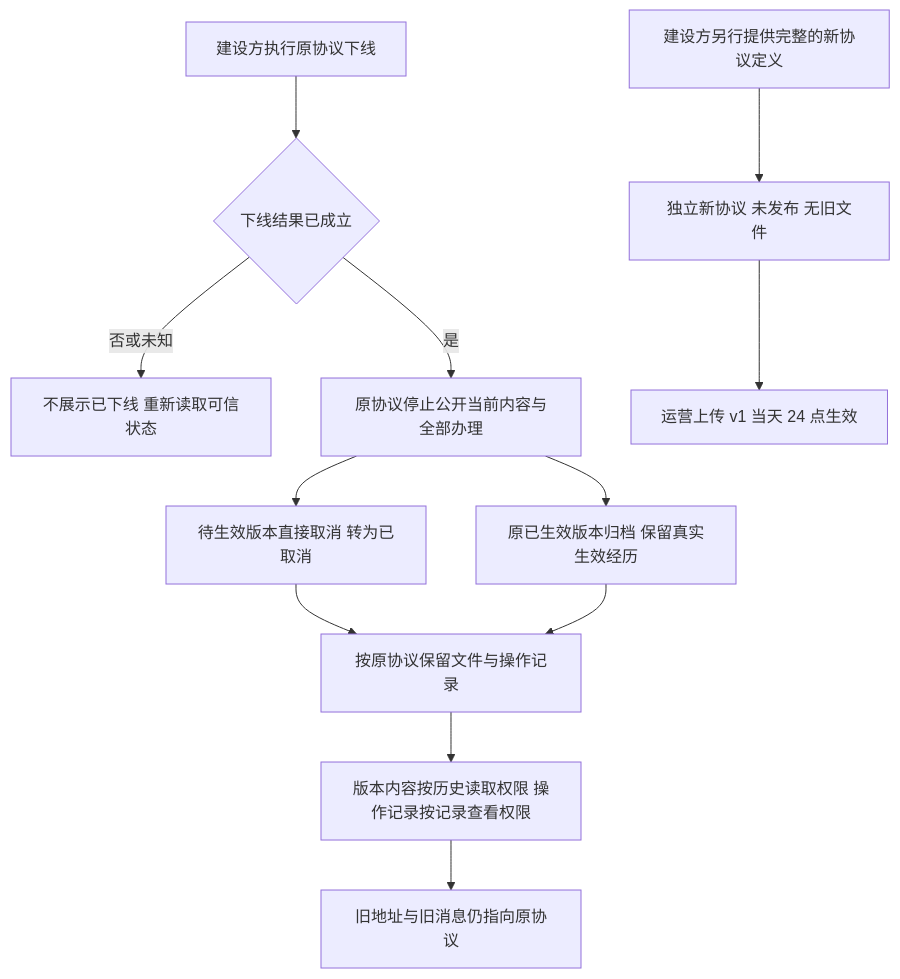
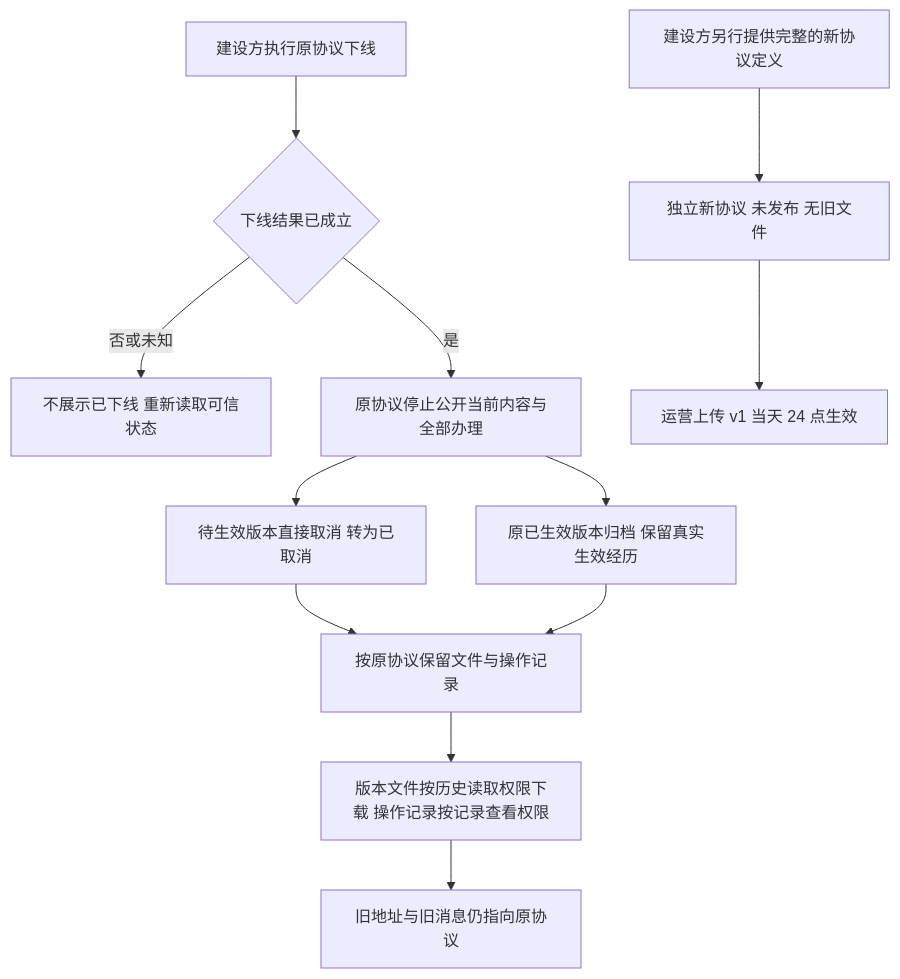
The sixth of 8 diagrams in lending-platform/PRD/运营端/03-运营端协议管理/02-运营端协议管理-流程图与状态机.md (wxblockchain/Chain-Financing), drawn with Mermaid before and after one commit. The commit also changed other lines of this file and 5 other files, not shown here.

````diff
--- a/lending-platform/PRD/运营端/03-运营端协议管理/02-运营端协议管理-流程图与状态机.md
+++ b/lending-platform/PRD/运营端/03-运营端协议管理/02-运营端协议管理-流程图与状态机.md
@@ -142,14 +138,14 @@
 ```mermaid
 flowchart TD
     A[建设方执行原协议下线] --> B{下线结果已成立}
     B -->|否或未知| C[不展示已下线 重新读取可信状态]
     B -->|是| D[原协议停止公开当前内容与全部办理]
     D --> E[待生效版本直接取消 转为已取消]
     D --> F[原已生效版本归档 保留真实生效经历]
     E --> G[按原协议保留文件与操作记录]
     F --> G
-    G --> H[版本内容按历史读取权限 操作记录按记录查看权限]
+    G --> H[版本文件按历史读取权限下载 操作记录按记录查看权限]
     H --> I[旧地址与旧消息仍指向原协议]
     J[建设方另行提供完整的新协议定义] --> K[独立新协议 未发布 无旧文件]
     K --> L[运营上传 v1 当天 24 点生效]
 ```
````
